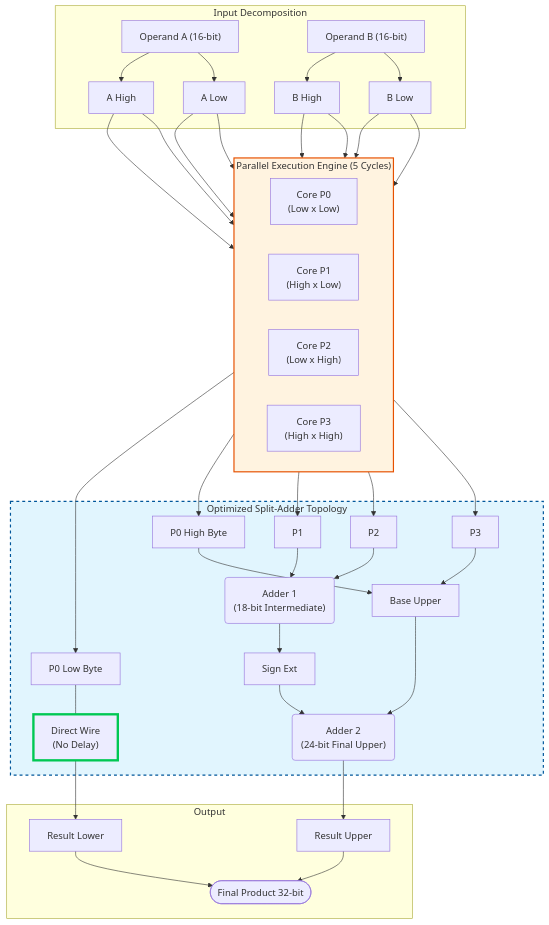
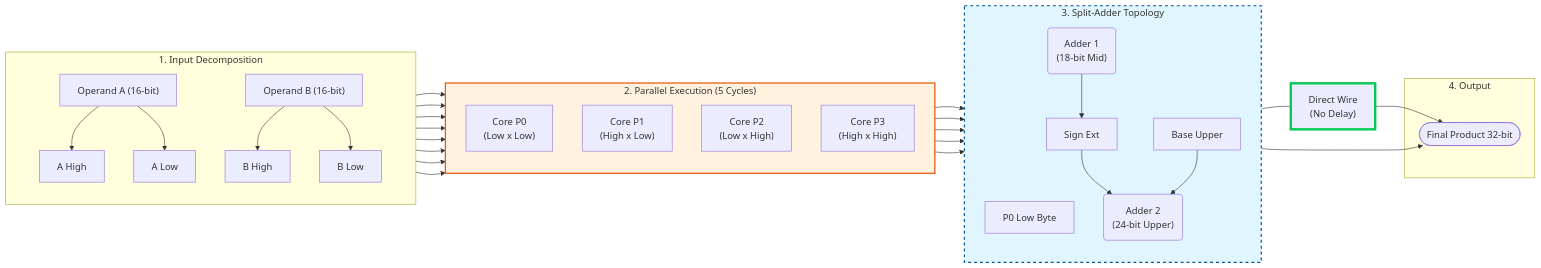
Before and after one commit to guinamen/ice40-booth-multiplier: the diagram in README.md, drawn with Mermaid.

Commit message:
Update README.md with improved diagram structure

````diff
--- a/README.md
+++ b/README.md
@@ -7,65 +7,67 @@
 ```mermaid
-graph TD
-    subgraph INPUTS ["Input Decomposition"]
-        A["Operand A (16-bit)"] --> A_H["A High"]
+graph LR
+    subgraph INPUTS ["1. Input Decomposition"]
+        direction TB
+        A["Operand A (16-bit)"]
+        B["Operand B (16-bit)"]
+        
+        A --> A_H["A High"]
         A --> A_L["A Low"]
-        B["Operand B (16-bit)"] --> B_H["B High"]
+        B --> B_H["B High"]
         B --> B_L["B Low"]
     end
 
-    subgraph PARALLEL_CORES ["Parallel Execution Engine (5 Cycles)"]
-        direction LR
-        
+    subgraph PARALLEL_CORES ["2. Parallel Execution (5 Cycles)"]
+        direction TB
         M0["Core P0<br/>(Low x Low)"]
         M1["Core P1<br/>(High x Low)"]
         M2["Core P2<br/>(Low x High)"]
         M3["Core P3<br/>(High x High)"]
-
-        A_L --> M0
-        B_L --> M0
-        A_H --> M1
-        B_L --> M1
-        A_L --> M2
-        B_H --> M2
-        A_H --> M3
-        B_H --> M3
     end
 
-    subgraph SPLIT_ADDER ["Optimized Split-Adder Topology"]
+    subgraph SPLIT_ADDER ["3. Split-Adder Topology"]
+        direction TB
         P0_L["P0 Low Byte"]
-        P0_H["P0 High Byte"]
-        P1["P1"]
-        P2["P2"]
-        P3["P3"]
-
-        P0_L --- WIRE_FAST["Direct Wire<br/>(No Delay)"]
         
-        P1 --> ADD1("Adder 1<br/>(18-bit Intermediate)")
-        P2 --> ADD1
+        ADD1("Adder 1<br/>(18-bit Mid)")
+        ADD2("Adder 2<br/>(24-bit Upper)")
         
-        ADD1 --> EXT["Sign Ext"]
-        P3 --> BASE["Base Upper"]
-        P0_H --> BASE
-        
-        BASE --> ADD2("Adder 2<br/>(24-bit Final Upper)")
-        EXT --> ADD2
+        EXT["Sign Ext"]
+        BASE["Base Upper"]
     end
 
-    subgraph RESULT ["Output"]
-        ADD2 --> RES_H["Result Upper"]
-        WIRE_FAST --> RES_L["Result Lower"]
-        RES_H --> OUT([Final Product 32-bit])
-        RES_L --> OUT
+    subgraph RESULT ["4. Output"]
+        OUT([Final Product 32-bit])
     end
 
-    %% Wiring connections between subgraphs
+    %% Wiring connections - Input to Cores
+    A_L --> M0
+    B_L --> M0
+    A_H --> M1
+    B_L --> M1
+    A_L --> M2
+    B_H --> M2
+    A_H --> M3
+    B_H --> M3
+
+    %% Wiring connections - Cores to Adder
     M0 --> P0_L
-    M0 --> P0_H
-    M1 --> P1
-    M2 --> P2
-    M3 --> P3
+    M0 --> BASE
+    M1 --> ADD1
+    M2 --> ADD1
+    M3 --> BASE
 
+    %% Internal Adder Wiring
+    ADD1 --> EXT
+    EXT --> ADD2
+    BASE --> ADD2
+    
+    %% Wiring to Output
+    P0_L --- WIRE_FAST["Direct Wire<br/>(No Delay)"] --> OUT
+    ADD2 --> OUT
+
+    %% Styling
     style SPLIT_ADDER fill:#e1f5fe,stroke:#01579b,stroke-width:2px,stroke-dasharray: 5 5
     style PARALLEL_CORES fill:#fff3e0,stroke:#e65100,stroke-width:2px
     style WIRE_FAST stroke:#00c853,stroke-width:4px
 ```
````
